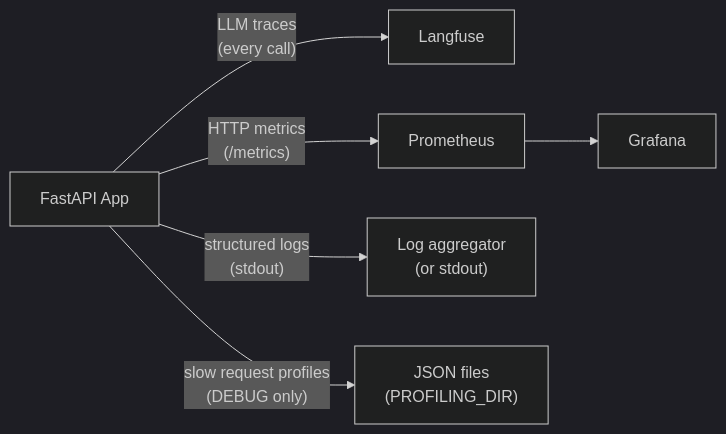
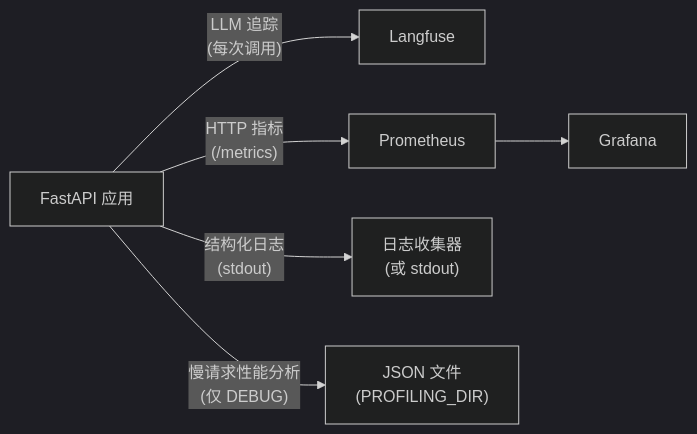
One commit to C-jcbest/landslide-monitoring-agent changed the diagram in docs/observability.md. Above: the diagram before and after it, drawn with Mermaid (dark theme). The commit also changed other lines of this file and 25 other files, not shown here.

````diff
--- a/docs/observability.md
+++ b/docs/observability.md
@@ -5,10 +7,10 @@
 ```mermaid
 graph LR
-    App["FastAPI App"]
+    App["FastAPI 应用"]
 
-    App -->|"LLM traces\n(every call)"| Langfuse
-    App -->|"HTTP metrics\n(/metrics)"| Prometheus
+    App -->|"LLM 追踪\n(每次调用)"| Langfuse
+    App -->|"HTTP 指标\n(/metrics)"| Prometheus
     Prometheus --> Grafana
-    App -->|"structured logs\n(stdout)"| Logs["Log aggregator\n(or stdout)"]
-    App -->|"slow request profiles\n(DEBUG only)"| Profiles["JSON files\n(PROFILING_DIR)"]
+    App -->|"结构化日志\n(stdout)"| Logs["日志收集器\n(或 stdout)"]
+    App -->|"慢请求性能分析\n(仅 DEBUG)"| Profiles["JSON 文件\n(PROFILING_DIR)"]
 ```
````
